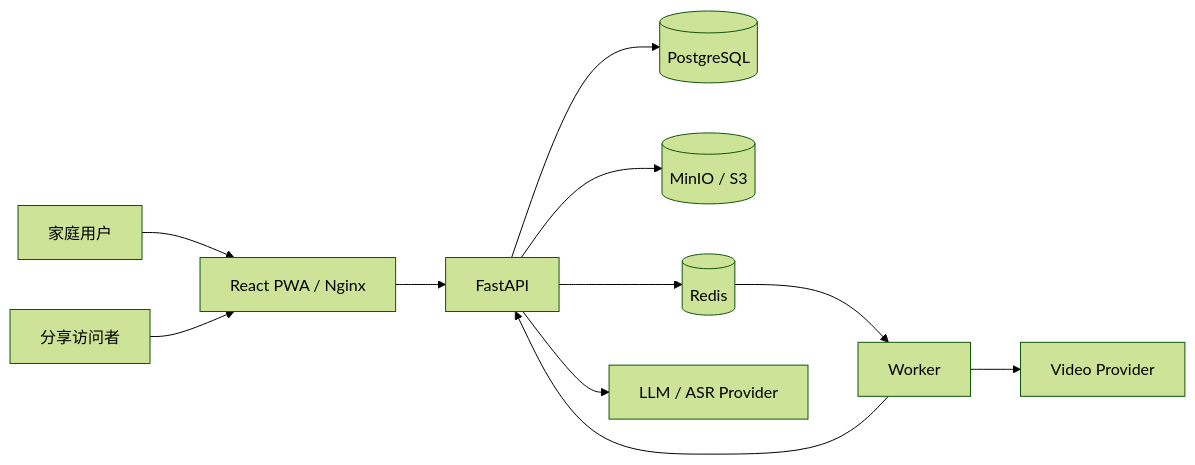
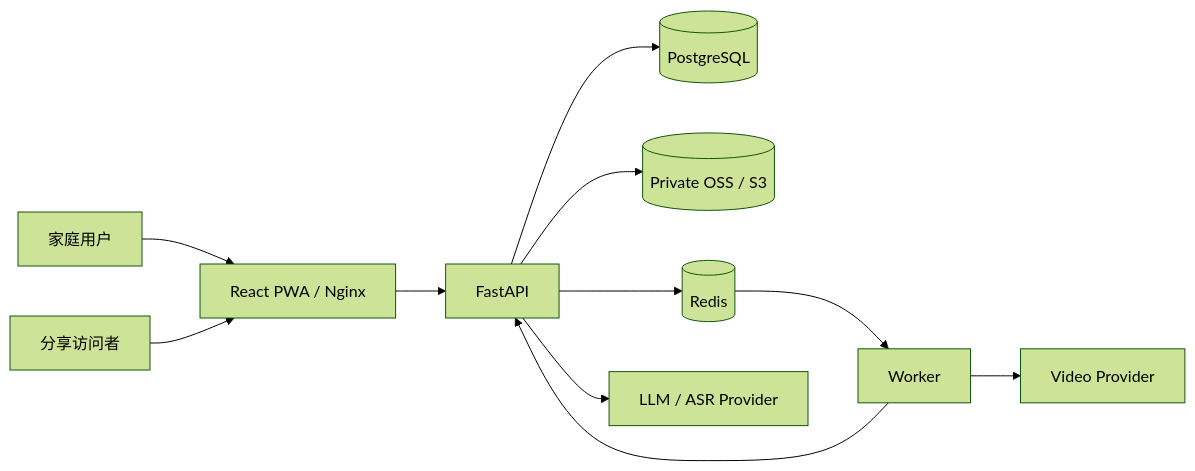
Before and after one commit to yuyuyu501/LifeReel-Biography: the first of 3 diagrams in docs/project-specification.md, drawn with Mermaid (forest theme). The commit also changed other lines of this file and 10 other files, not shown here.

````diff
--- a/docs/project-specification.md
+++ b/docs/project-specification.md
@@ -184,13 +184,13 @@
 ```mermaid
 flowchart LR
     U[家庭用户] --> W[React PWA / Nginx]
     P[分享访问者] --> W
     W --> A[FastAPI]
     A --> DB[(PostgreSQL)]
-    A --> OBJ[(MinIO / S3)]
+    A --> OBJ[(Private OSS / S3)]
     A --> R[(Redis)]
     R --> WK[Worker]
     WK --> A
     WK --> M[Video Provider]
     A --> L[LLM / ASR Provider]
 ```
````
